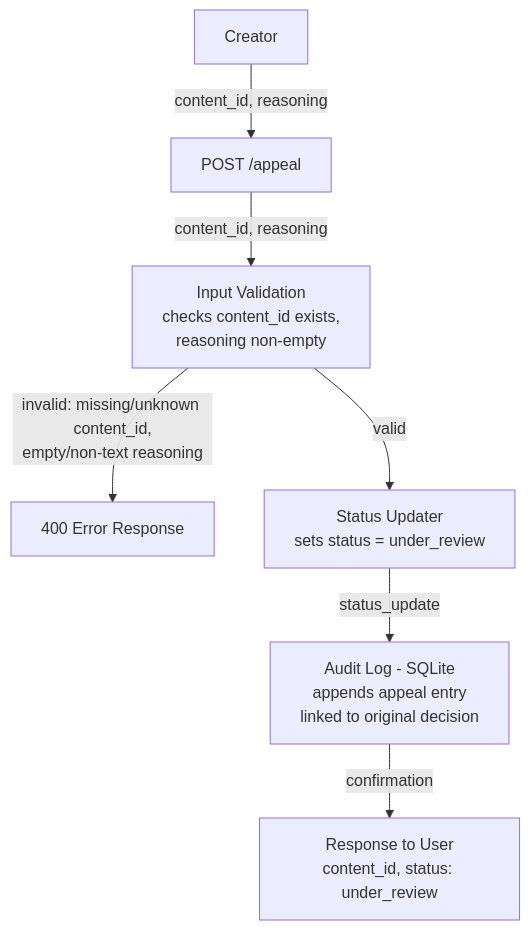
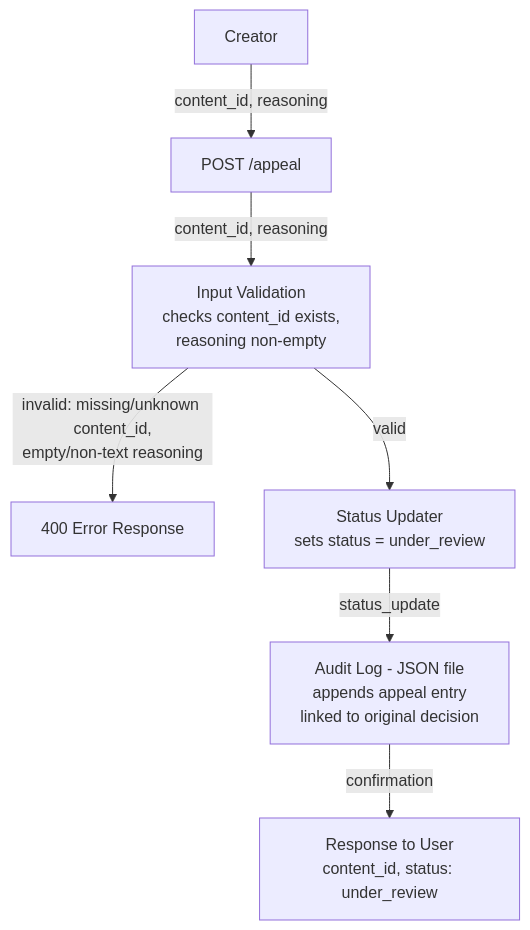
Before and after one commit to KerolosAssad/ai201-project4-provenance-guard: the second of 2 diagrams in planning.md, drawn with Mermaid. The commit also changed other lines of this file, not shown here.

Commit message:
Fix inaccurate references in planning.md (SQLite vs. JSON storage, mislabeled disagreement metric)

````diff
--- a/planning.md
+++ b/planning.md
@@ -106,9 +106,9 @@
 ```mermaid
 flowchart TD
     A[Creator] -->|content_id, reasoning| B[POST /appeal]
     B -->|content_id, reasoning| V2[Input Validation<br/>checks content_id exists,<br/>reasoning non-empty]
     V2 -->|invalid: missing/unknown content_id,<br/>empty/non-text reasoning| R2[400 Error Response]
     V2 -->|valid| C2[Status Updater<br/>sets status = under_review]
-    C2 -->|status_update| D2[Audit Log - SQLite<br/>appends appeal entry<br/>linked to original decision]
+    C2 -->|status_update| D2[Audit Log - JSON file<br/>appends appeal entry<br/>linked to original decision]
     D2 -->|confirmation| E2[Response to User<br/>content_id, status: under_review]
 ```
````
